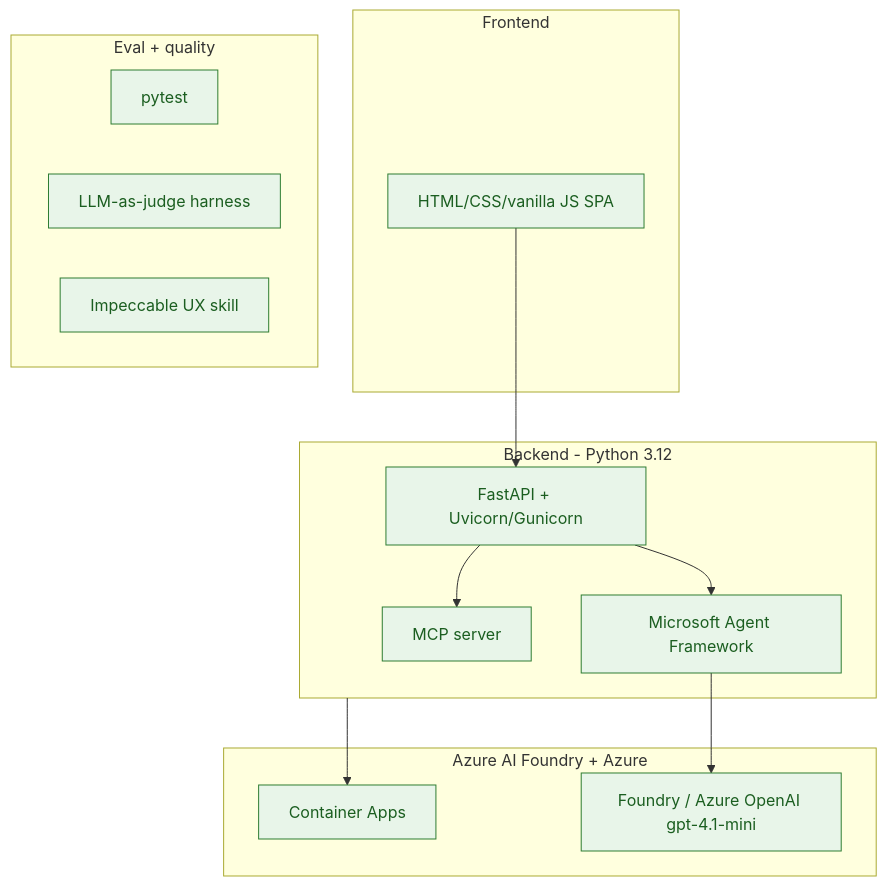
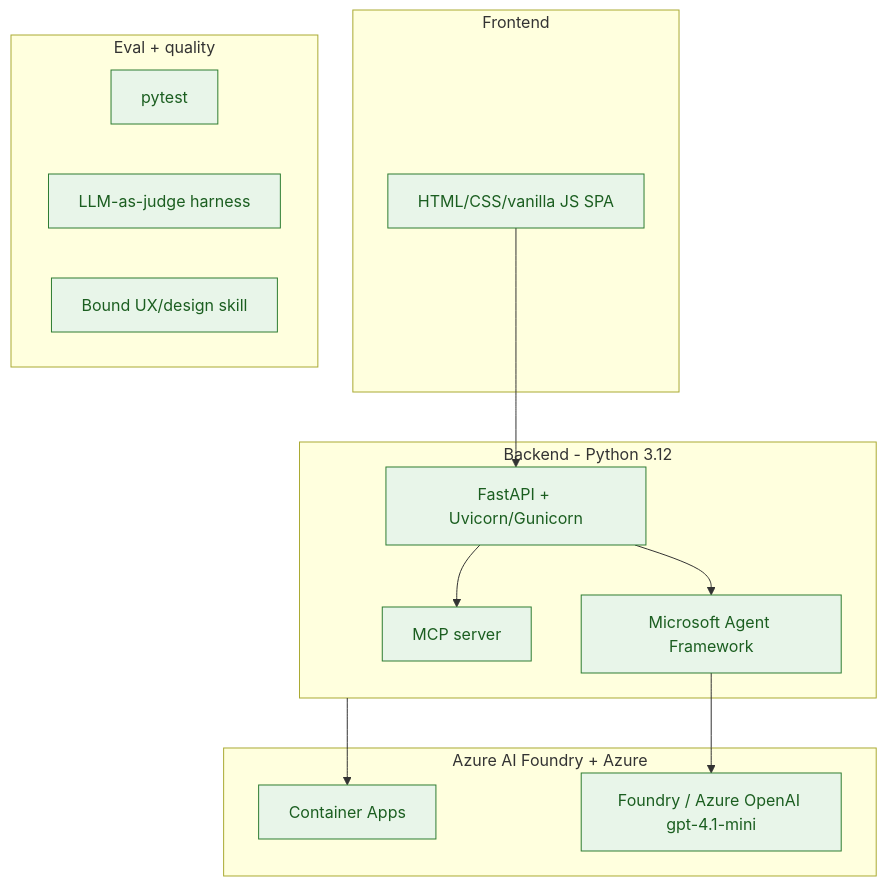
One commit to ajai-d/stock-guru-fresh changed the fifth of 18 diagrams in twtty/plan/plan.md. Above: the diagram before and after it, drawn with Mermaid. The commit also changed other lines of this file and 3 other files, not shown here.

````diff
--- a/twtty/plan/plan.md
+++ b/twtty/plan/plan.md
@@ -159,24 +160,24 @@
 ```mermaid
 flowchart TB
     subgraph fe["Frontend"]
         html[HTML/CSS/vanilla JS SPA]:::t
     end
     subgraph be["Backend - Python 3.12"]
         fast[FastAPI + Uvicorn/Gunicorn]:::t
         sdk[Microsoft Agent Framework]:::t
         mcplib[MCP server]:::t
     end
     subgraph tooling["Eval + quality"]
         pytest[pytest]:::t
         judge[LLM-as-judge harness]:::t
-        imp[Impeccable UX skill]:::t
+        imp[Bound UX/design skill]:::t
     end
     subgraph cloud["Azure AI Foundry + Azure"]
         aca[Container Apps]:::t
         aoai[Foundry / Azure OpenAI gpt-4.1-mini]:::t
     end
     html --> fast --> sdk --> aoai
     fast --> mcplib
     be --> aca
     classDef t fill:#E8F5E9,stroke:#2E7D32,color:#1B5E20;
 ```
````
